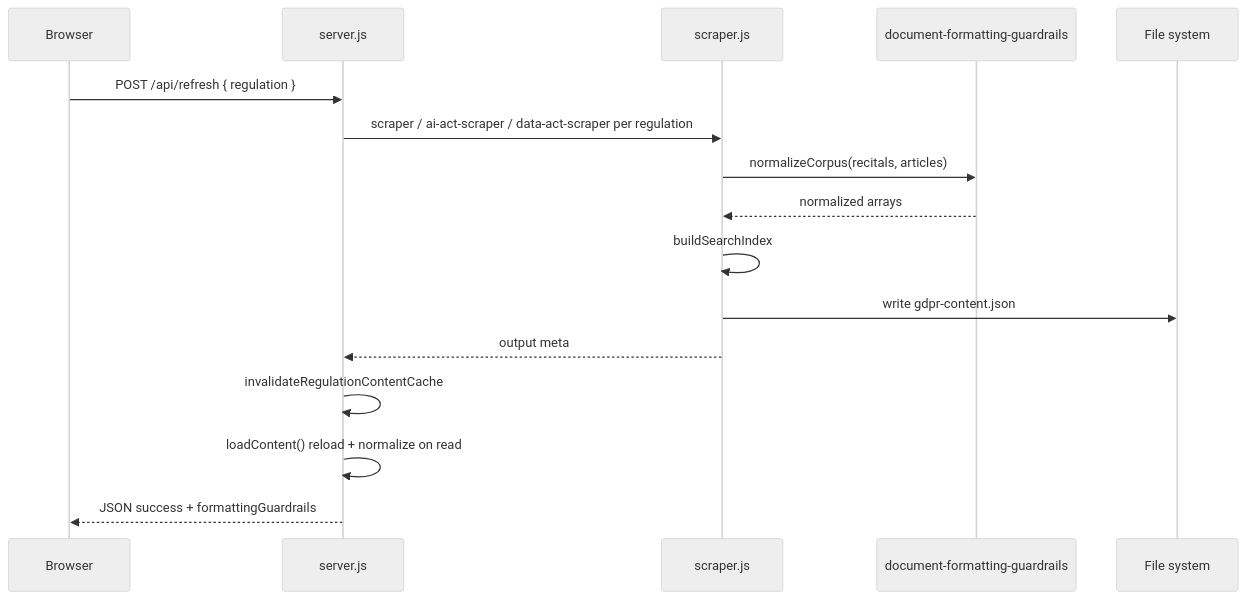
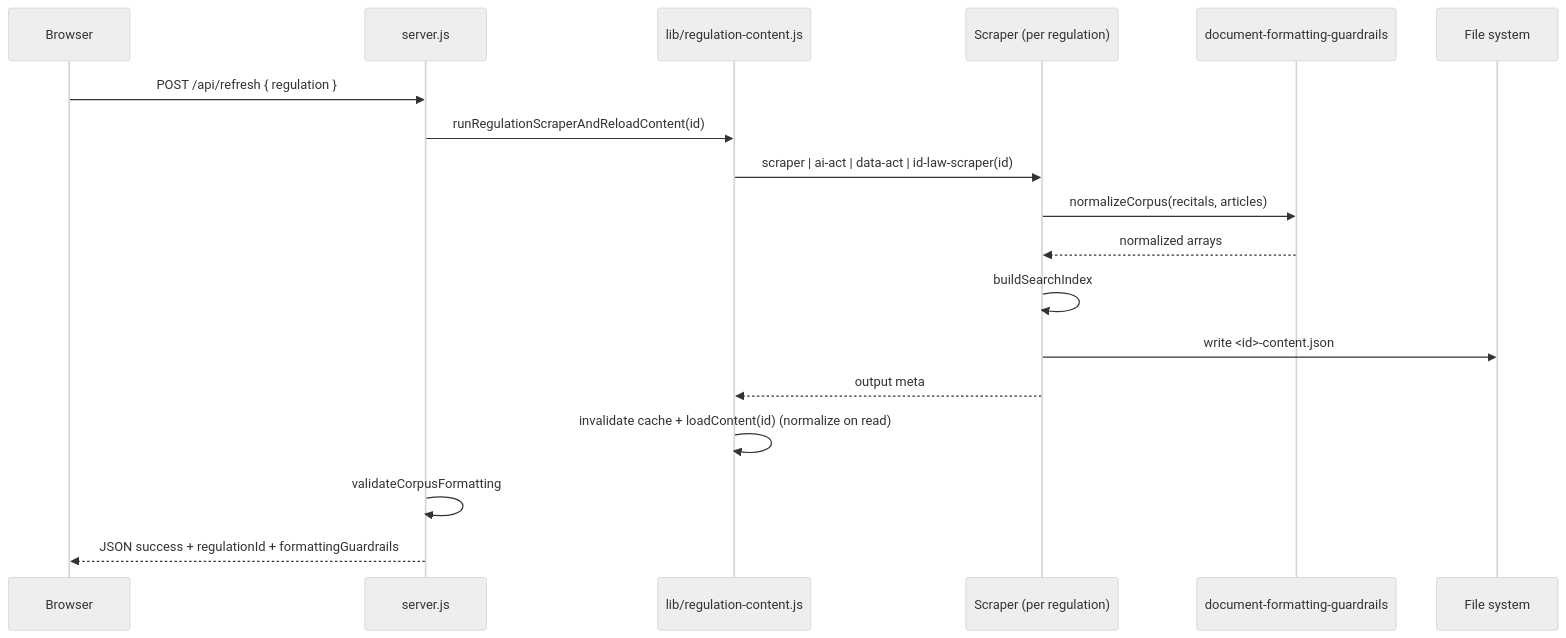
One commit to RifqiMT/gdpr-qa-platform changed the fourth of 8 diagrams in docs/ARCHITECTURE.md. Above: the diagram before and after it, drawn with Mermaid (neutral theme). The commit also changed other lines of this file and 54 other files, not shown here.

````diff
--- a/docs/ARCHITECTURE.md
+++ b/docs/ARCHITECTURE.md
@@ -50,19 +136,21 @@
 ```mermaid
 sequenceDiagram
   participant UI as Browser
   participant S as server.js
-  participant SCR as scraper.js
+  participant R as lib/regulation-content.js
+  participant SCR as Scraper (per regulation)
   participant DF as document-formatting-guardrails
   participant FS as File system
 
   UI->>S: POST /api/refresh { regulation }
-  S->>SCR: scraper / ai-act-scraper / data-act-scraper per regulation
+  S->>R: runRegulationScraperAndReloadContent(id)
+  R->>SCR: scraper | ai-act | data-act | id-law-scraper(id)
   SCR->>DF: normalizeCorpus(recitals, articles)
   DF-->>SCR: normalized arrays
   SCR->>SCR: buildSearchIndex
-  SCR->>FS: write gdpr-content.json
-  SCR-->>S: output meta
-  S->>S: invalidateRegulationContentCache
-  S->>S: loadContent() reload + normalize on read
-  S-->>UI: JSON success + formattingGuardrails
+  SCR->>FS: write <id>-content.json
+  SCR-->>R: output meta
+  R->>R: invalidate cache + loadContent(id) (normalize on read)
+  S->>S: validateCorpusFormatting
+  S-->>UI: JSON success + regulationId + formattingGuardrails
 ```
````
